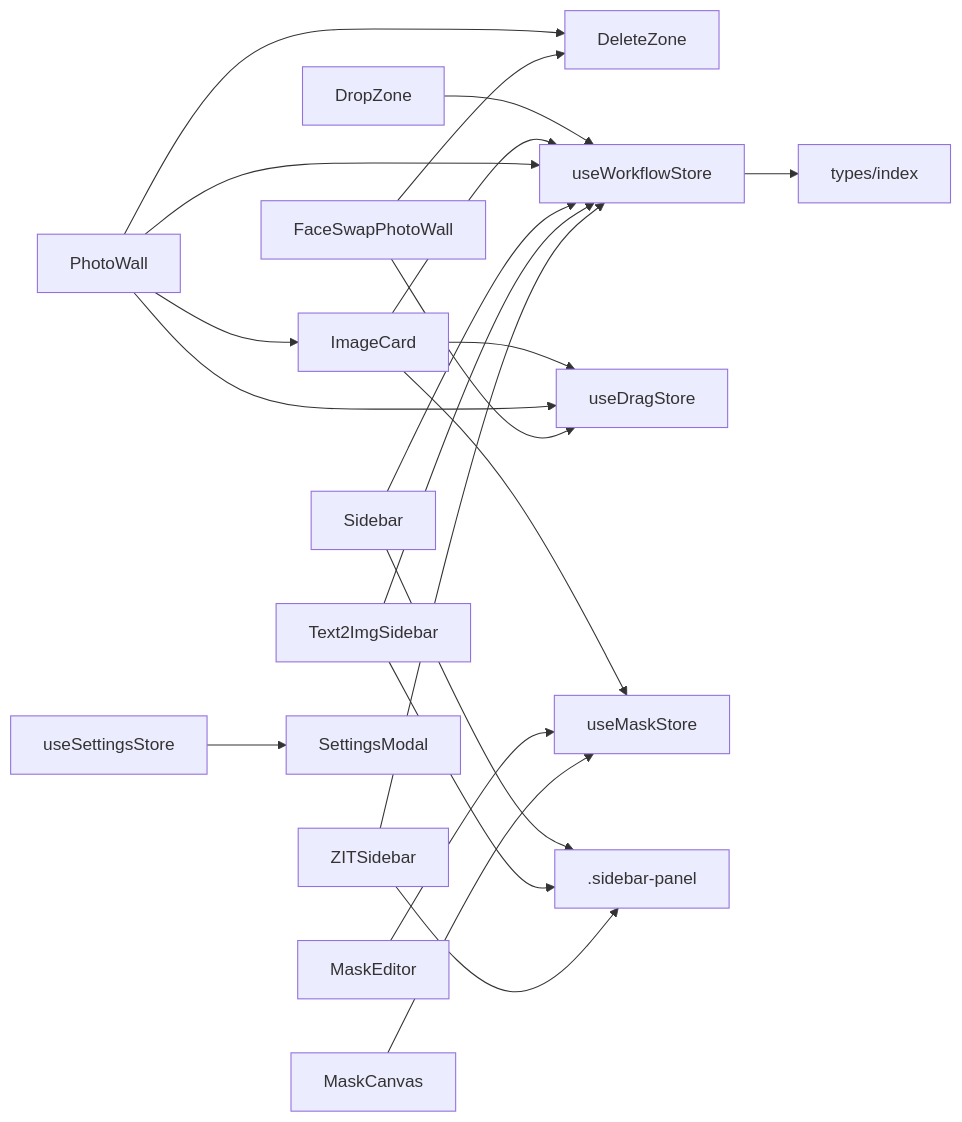
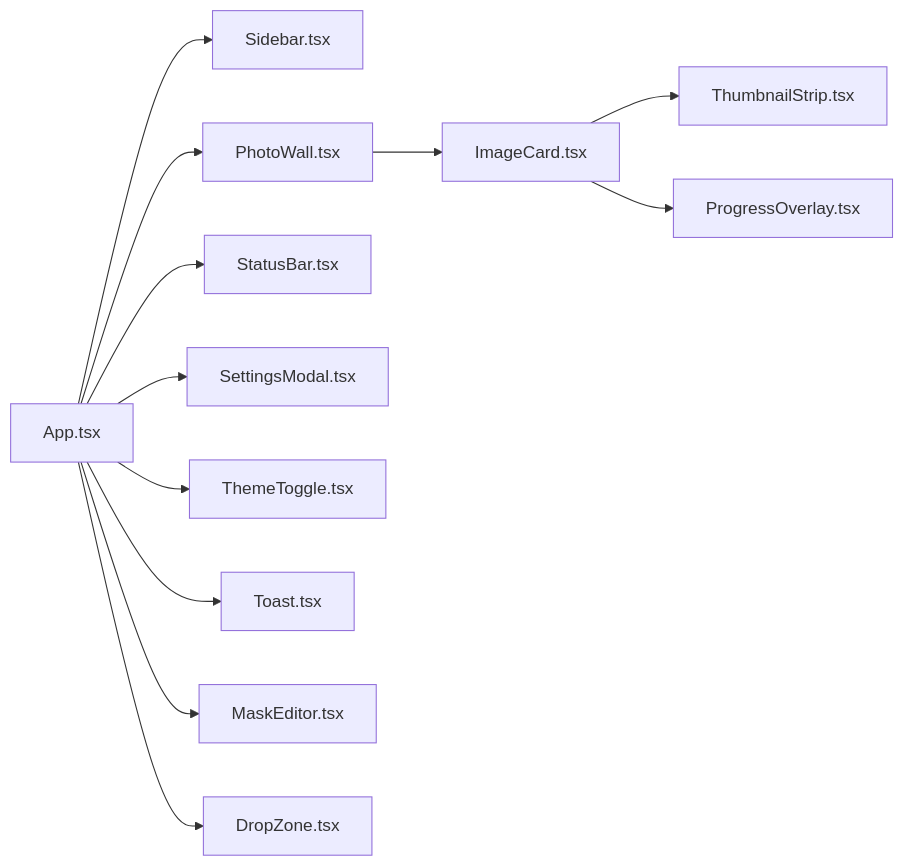
One commit to billye220670/CorineKit_Pix2Real changed the third of 3 diagrams in .qoder/repowiki/zh/content/用户界面组件/用户界面组件.md. Above: the diagram before and after it, drawn with Mermaid. The commit also changed other lines of this file and 315 other files, not shown here.

````diff
--- a/.qoder/repowiki/zh/content/用户界面组件/用户界面组件.md
+++ b/.qoder/repowiki/zh/content/用户界面组件/用户界面组件.md
@@ -585,23 +347,14 @@
 ```mermaid
 graph LR
-PW["PhotoWall"] --> IC["ImageCard"]
-PW --> DDZ["DeleteZone"]
-DZ["DropZone"] --> WFS["useWorkflowStore"]
-IC --> WFS
-PW --> WFS
-IC --> DS["useDragStore"]
-PW --> DS
-FSPW["FaceSwapPhotoWall"] --> DDZ
-FSPW --> DS
-IC --> MS["useMaskStore"]
-ME["MaskEditor"] --> MS
-MC["MaskCanvas"] --> MS
-SIDEBAR["Sidebar"] --> WFS
-T2I["Text2ImgSidebar"] --> WFS
-ZIT["ZITSidebar"] --> WFS
-SIDEBAR --> CSS[".sidebar-panel"]
-T2I --> CSS[".sidebar-panel"]
-ZIT --> CSS[".sidebar-panel"]
-WFS --> Types["types/index"]
-SS["useSettingsStore"] --> SM["SettingsModal"]
+App["App.tsx"] --> Sidebar["Sidebar.tsx"]
+App --> PhotoWall["PhotoWall.tsx"]
+PhotoWall --> ImageCard["ImageCard.tsx"]
+ImageCard --> ThumbnailStrip["ThumbnailStrip.tsx"]
+ImageCard --> ProgressOverlay["ProgressOverlay.tsx"]
+App --> StatusBar["StatusBar.tsx"]
+App --> SettingsModal["SettingsModal.tsx"]
+App --> ThemeToggle["ThemeToggle.tsx"]
+App --> Toast["Toast.tsx"]
+App --> MaskEditor["MaskEditor.tsx"]
+App --> DropZone["DropZone.tsx"]
 ```
````
